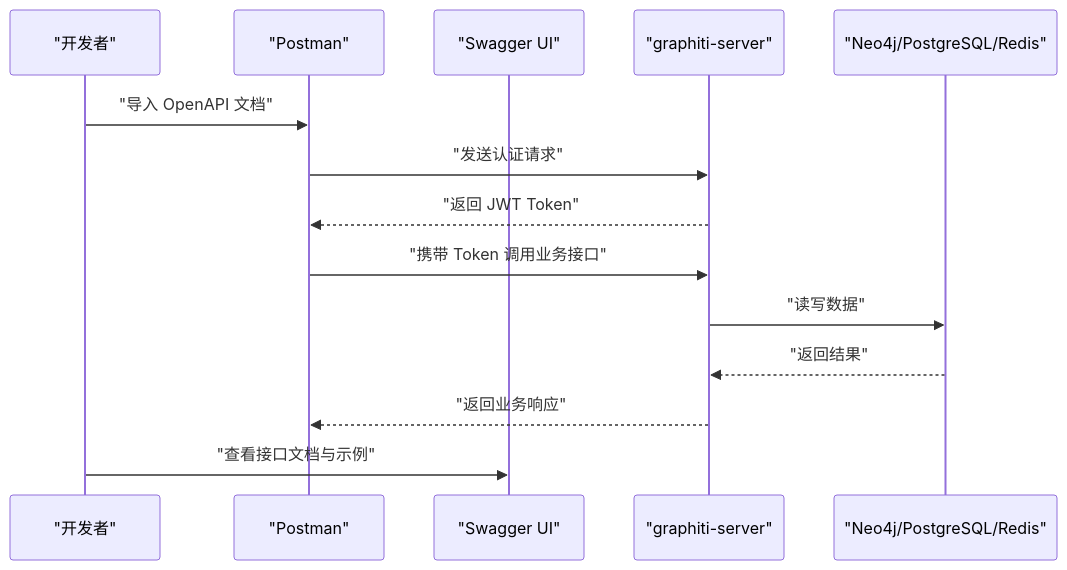
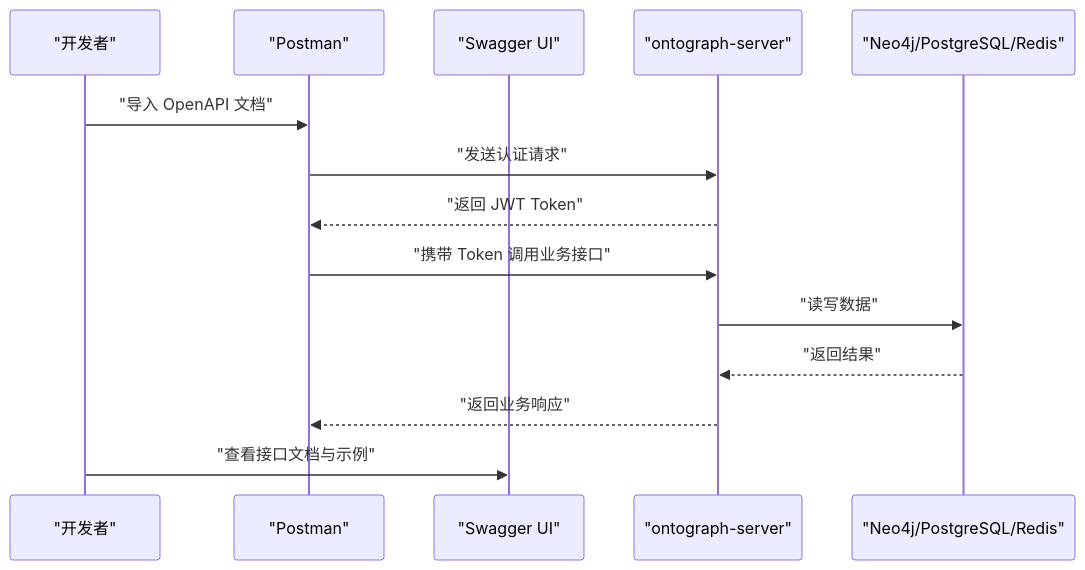
One commit to joezxh/graphiti-java changed the fourth of 5 diagrams in docs/manual/开发指南/开发工具与配置.md. Above: the diagram before and after it, drawn with Mermaid. The commit also changed other lines of this file and 200 other files, not shown here.

````diff
--- a/docs/manual/开发指南/开发工具与配置.md
+++ b/docs/manual/开发指南/开发工具与配置.md
@@ -317,16 +317,16 @@
 ```mermaid
 sequenceDiagram
 participant Dev as "开发者"
 participant Postman as "Postman"
 participant Swagger as "Swagger UI"
-participant Server as "graphiti-server"
+participant Server as "ontograph-server"
 participant DB as "Neo4j/PostgreSQL/Redis"
 Dev->>Postman : "导入 OpenAPI 文档"
 Postman->>Server : "发送认证请求"
 Server-->>Postman : "返回 JWT Token"
 Postman->>Server : "携带 Token 调用业务接口"
 Server->>DB : "读写数据"
 DB-->>Server : "返回结果"
 Server-->>Postman : "返回业务响应"
 Dev->>Swagger : "查看接口文档与示例"
 ```
````
